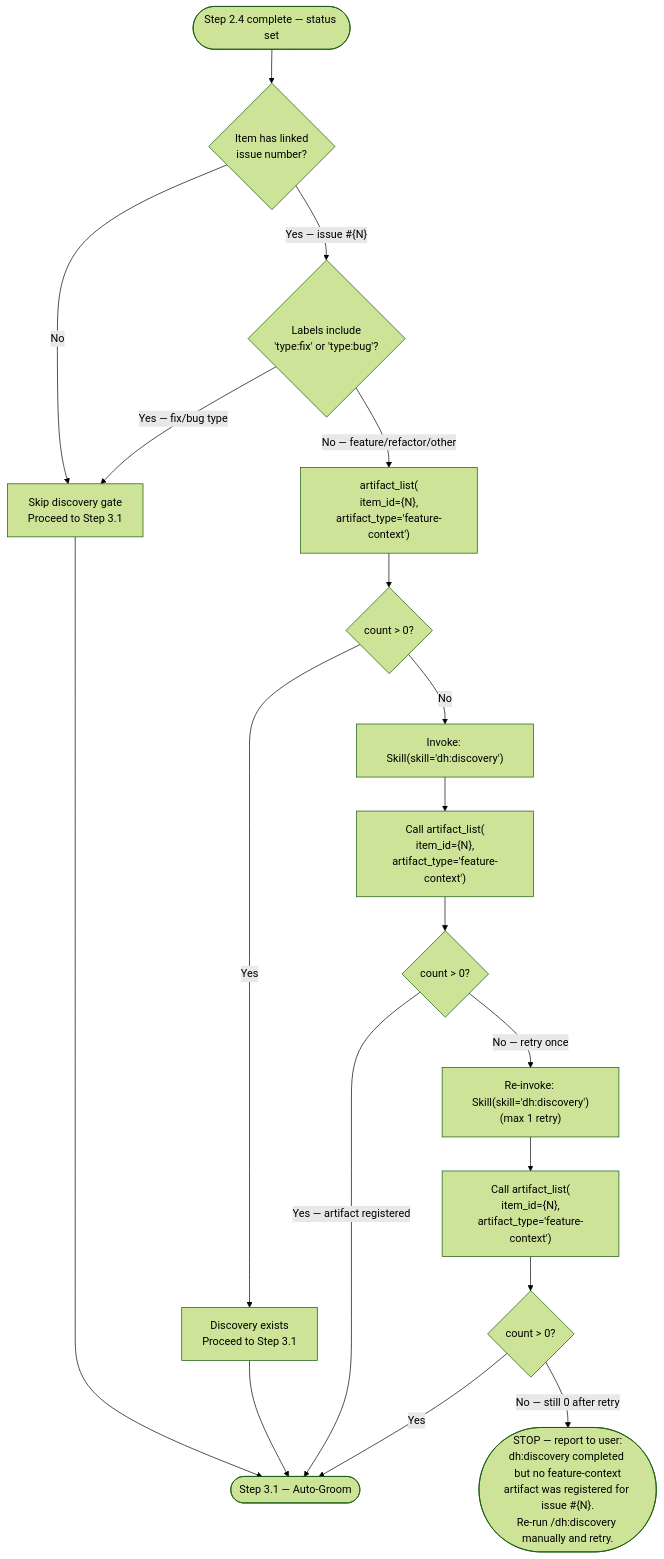
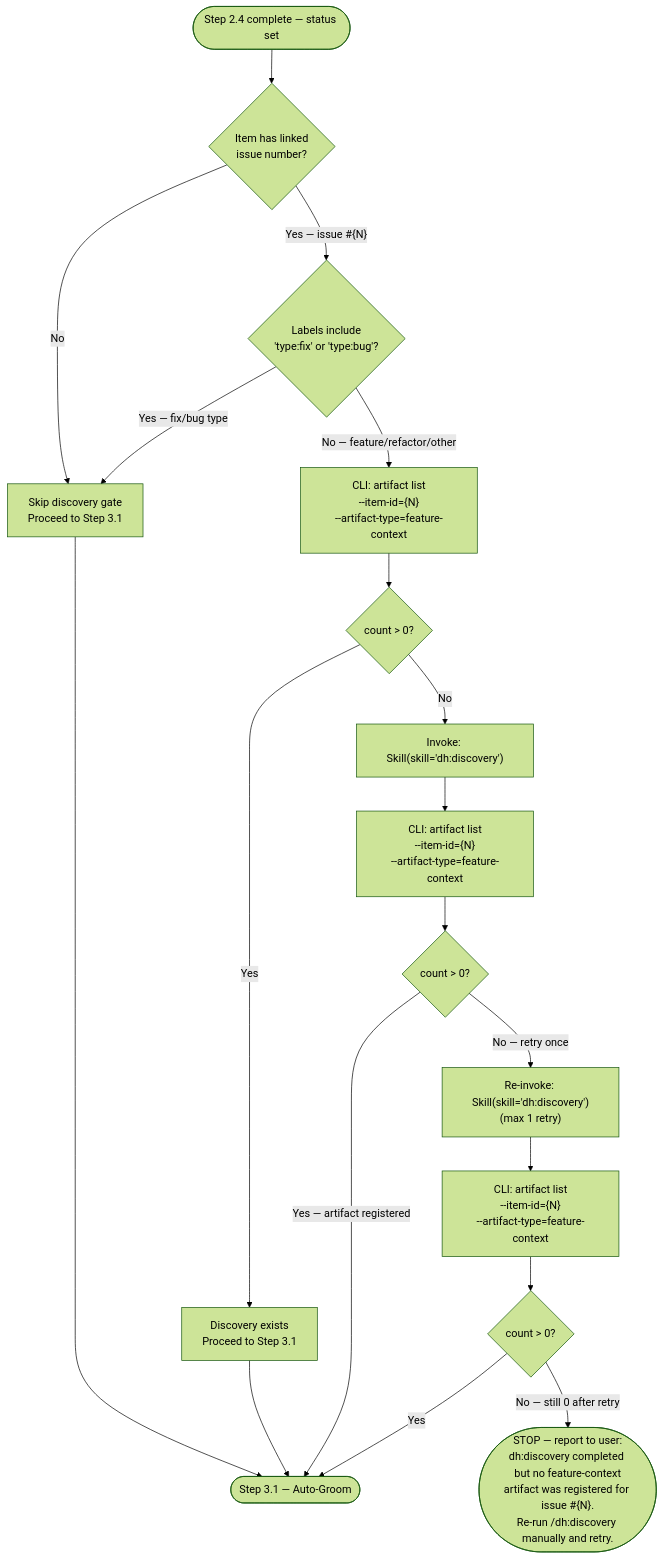
One commit to Jamie-BitFlight/claude_skills changed the diagram in plugins/development-harness/skills/work-backlog-item/references/workflows/work/validate.md. Above: the diagram before and after it, drawn with Mermaid (forest theme). The commit also changed other lines of this file and 5 other files, not shown here.

First line of the commit message:
docs(work-backlog-item): convert MCP calls to CLI in work/ workflow references

````diff
--- a/plugins/development-harness/skills/work-backlog-item/references/workflows/work/validate.md
+++ b/plugins/development-harness/skills/work-backlog-item/references/workflows/work/validate.md
@@ -29,21 +29,21 @@
 ```mermaid
 flowchart TD
     InProgress([Step 2.4 complete — status set]) --> HasIssue{"Item has linked<br>issue number?"}
     HasIssue -->|"No"| SkipGate["Skip discovery gate<br>Proceed to Step 3.1"]
     HasIssue -->|"Yes — issue #{N}"| TypeCheck{"Labels include<br>'type:fix' or 'type:bug'?"}
     TypeCheck -->|"Yes — fix/bug type"| SkipGate
-    TypeCheck -->|"No — feature/refactor/other"| CheckArtifact["artifact_list(<br>item_id={N},<br>artifact_type='feature-context')"]
+    TypeCheck -->|"No — feature/refactor/other"| CheckArtifact["CLI: artifact list<br>--item-id={N}<br>--artifact-type=feature-context"]
     CheckArtifact --> HasDiscovery{"count > 0?"}
     HasDiscovery -->|"Yes"| Proceed["Discovery exists<br>Proceed to Step 3.1"]
     HasDiscovery -->|"No"| InvokeDiscovery["Invoke: Skill(skill='dh:discovery')"]
-    InvokeDiscovery --> VerifyDiscovery["Call artifact_list(<br>item_id={N},<br>artifact_type='feature-context')"]
+    InvokeDiscovery --> VerifyDiscovery["CLI: artifact list<br>--item-id={N}<br>--artifact-type=feature-context"]
     VerifyDiscovery --> DiscoveryConfirmed{"count > 0?"}
     DiscoveryConfirmed -->|"Yes — artifact registered"| Continue
     DiscoveryConfirmed -->|"No — retry once"| RetryDiscovery["Re-invoke: Skill(skill='dh:discovery')<br>(max 1 retry)"]
-    RetryDiscovery --> VerifyRetry["Call artifact_list(<br>item_id={N},<br>artifact_type='feature-context')"]
+    RetryDiscovery --> VerifyRetry["CLI: artifact list<br>--item-id={N}<br>--artifact-type=feature-context"]
     VerifyRetry --> RetryConfirmed{"count > 0?"}
     RetryConfirmed -->|"Yes"| Continue
     RetryConfirmed -->|"No — still 0 after retry"| DiscoveryFail(["STOP — report to user:<br>dh:discovery completed but no feature-context<br>artifact was registered for issue #{N}.<br>Re-run /dh:discovery manually and retry."])
     SkipGate --> Continue([Step 3.1 — Auto-Groom])
     Proceed --> Continue
 ```
````
